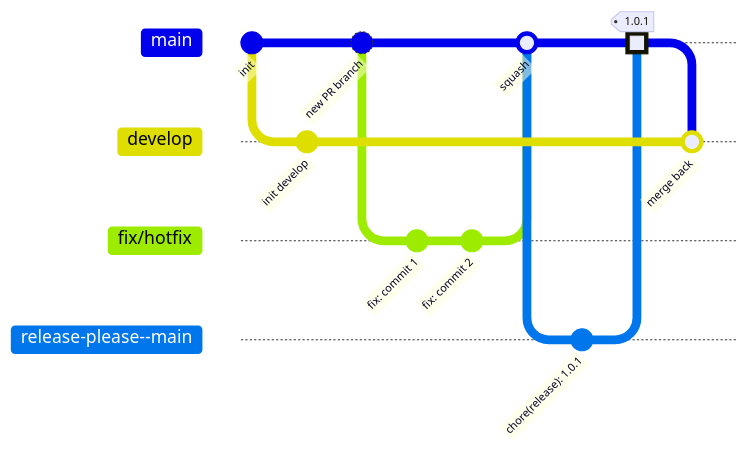
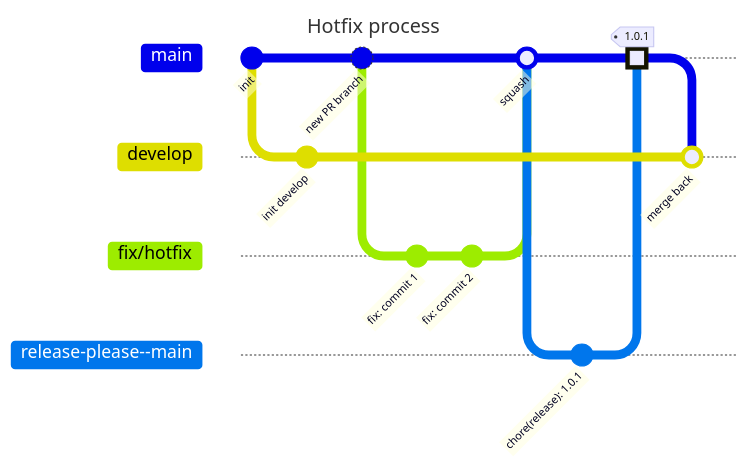
One commit to dev-seb/github-action-test-backend changed the fourth of 4 diagrams in README.md. Above: the diagram before and after it, drawn with Mermaid. The commit also changed other lines of this file, not shown here.

````diff
--- a/README.md
+++ b/README.md
@@ -154,32 +184,32 @@
 ```mermaid
 ---
-Release process
+title: Hotfix process
 ---
 gitGraph
 commit id: "init"
 
 branch "develop"
 checkout "develop"
 commit id: "init develop"
 
 checkout "main"
 commit id: "new PR branch"
 
 branch "fix/hotfix"
 checkout "fix/hotfix"
 commit id: "fix: commit 1"
 commit id: "fix: commit 2"
 
 checkout "main"
 merge "fix/hotfix" id: "squash"
 
 branch "release-please--main"
 checkout "release-please--main"
 commit id: "chore(release): 1.0.1"
 
 checkout "main"
 merge "release-please--main" type: HIGHLIGHT tag: "1.0.1"
 
 checkout "develop"
 merge "main" id: "merge back"
 ```
````
